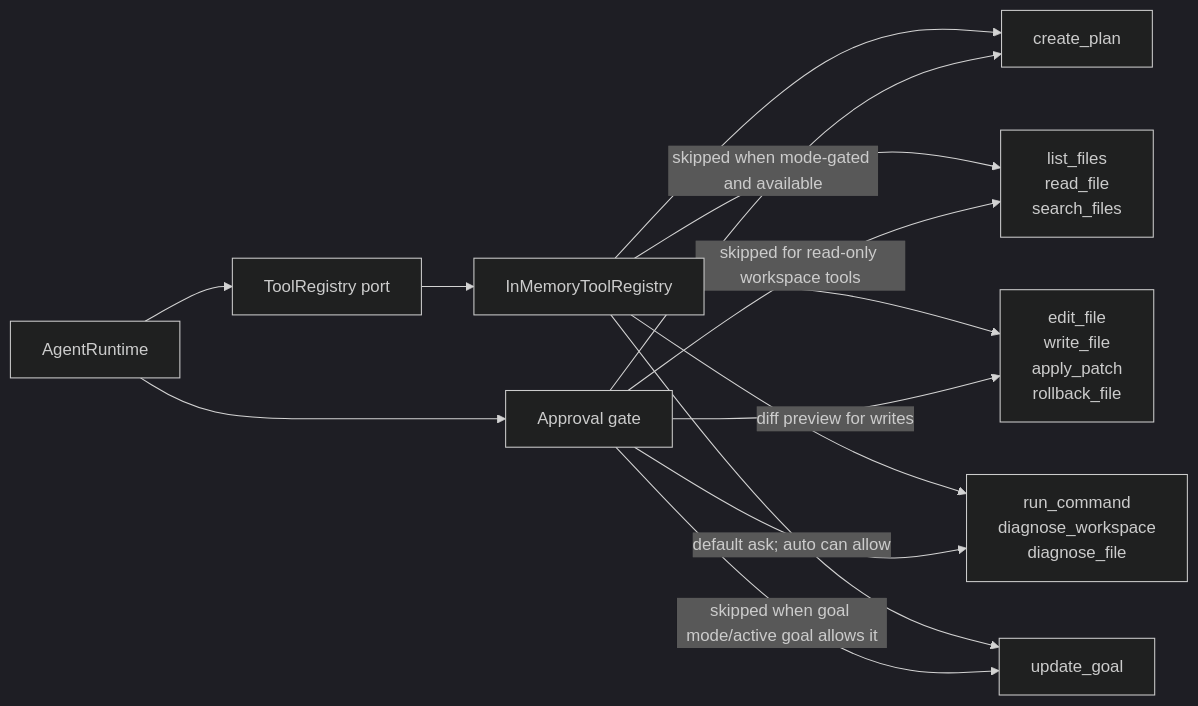
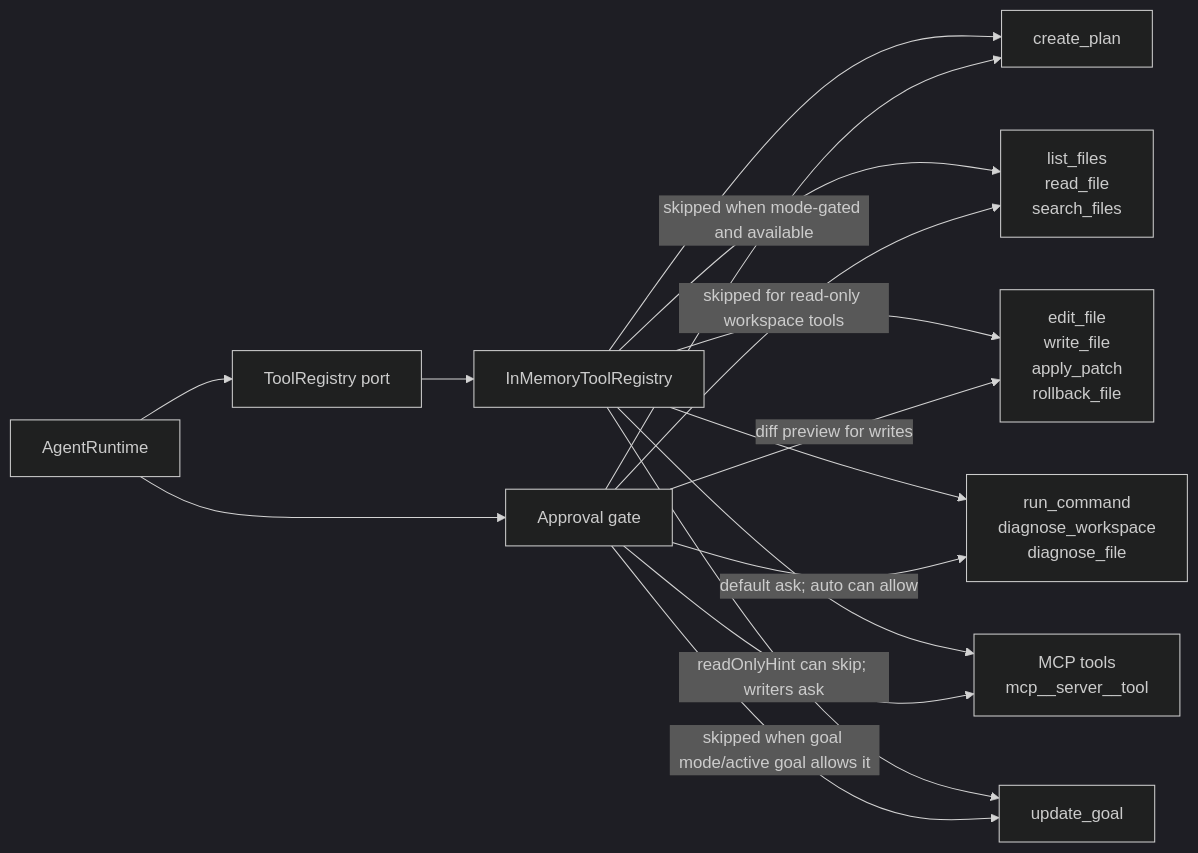
One commit to dp-sudo/agent-pyramid-desktop changed the fifth of 9 diagrams in docs/architecture.md. Above: the diagram before and after it, drawn with Mermaid (dark theme). The commit also changed other lines of this file and 52 other files, not shown here.

````diff
--- a/docs/architecture.md
+++ b/docs/architecture.md
@@ -228,26 +231,29 @@
 ```mermaid
 flowchart LR
   Runtime["AgentRuntime"]
   Registry["ToolRegistry port"]
   InMemory["InMemoryToolRegistry"]
   Plan["create_plan"]
   Workspace["list_files\nread_file\nsearch_files"]
   Coding["edit_file\nwrite_file\napply_patch\nrollback_file"]
   Command["run_command\ndiagnose_workspace\ndiagnose_file"]
+  Mcp["MCP tools\nmcp__server__tool"]
   Goal["update_goal"]
   Approval["Approval gate"]
 
   Runtime --> Registry
   Registry --> InMemory
   InMemory --> Plan
   InMemory --> Workspace
   InMemory --> Coding
   InMemory --> Command
+  InMemory --> Mcp
   InMemory --> Goal
   Runtime --> Approval
   Approval -->|"skipped for read-only workspace tools"| Workspace
   Approval -->|"diff preview for writes"| Coding
   Approval -->|"default ask; auto can allow"| Command
+  Approval -->|"readOnlyHint can skip; writers ask"| Mcp
   Approval -->|"skipped when mode-gated and available"| Plan
   Approval -->|"skipped when goal mode/active goal allows it"| Goal
 ```
````
